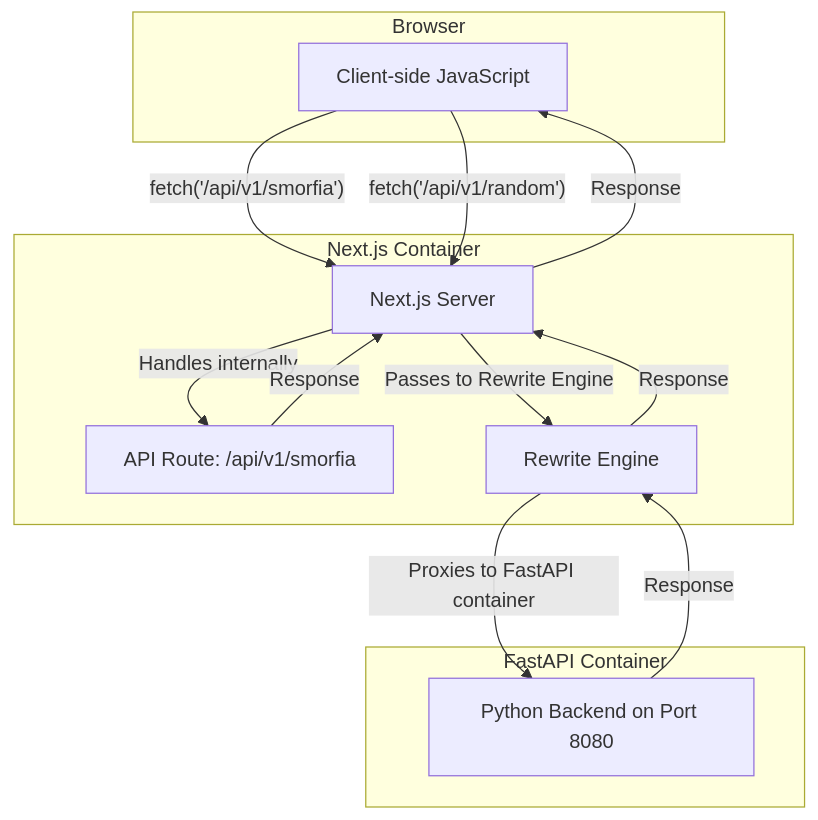
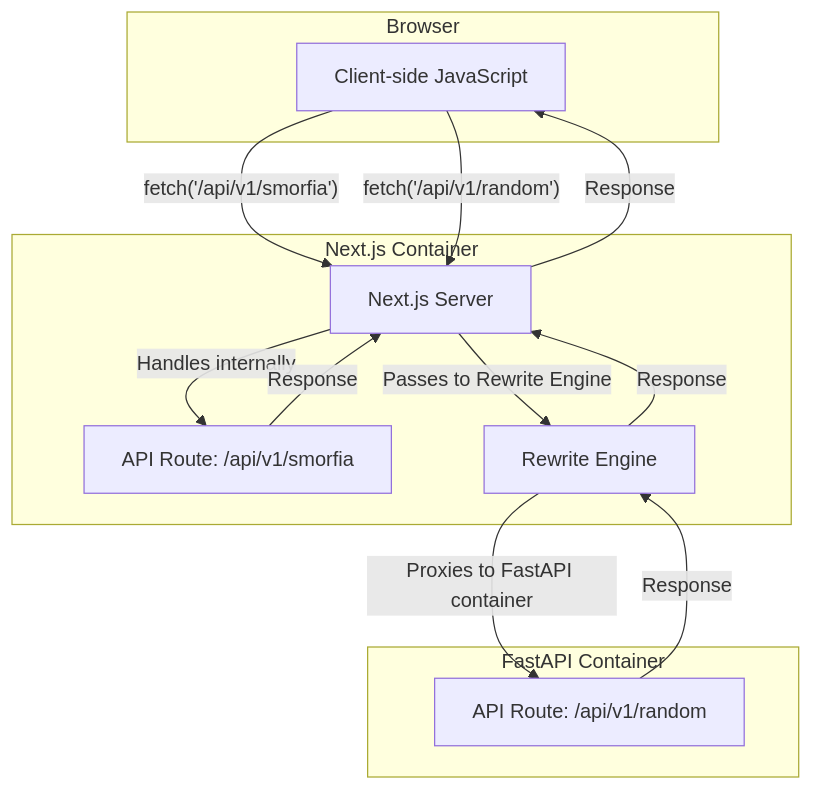
One commit to rjalexa/rjafecit changed the first of 2 diagrams in README.md. Above: the diagram before and after it, drawn with Mermaid.

````diff
--- a/README.md
+++ b/README.md
@@ -18,27 +18,27 @@
 ```mermaid
 graph TD
     subgraph Browser
         A[Client-side JavaScript]
     end
 
     subgraph "Next.js Container"
         B[Next.js Server]
         C[API Route: /api/v1/smorfia]
         E[Rewrite Engine]
     end
 
     subgraph "FastAPI Container"
-        D[Python Backend on Port 8080]
+        D[API Route: /api/v1/random]
     end
 
     A -- "fetch('/api/v1/smorfia')" --> B
     B -- "Handles internally" --> C
     C -- "Response" --> B
     B -- "Response" --> A
 
     A -- "fetch('/api/v1/random')" --> B
     B -- "Passes to Rewrite Engine" --> E
     E -- "Proxies to FastAPI container" --> D
     D -- "Response" --> E
     E -- "Response" --> B
 ```
````
